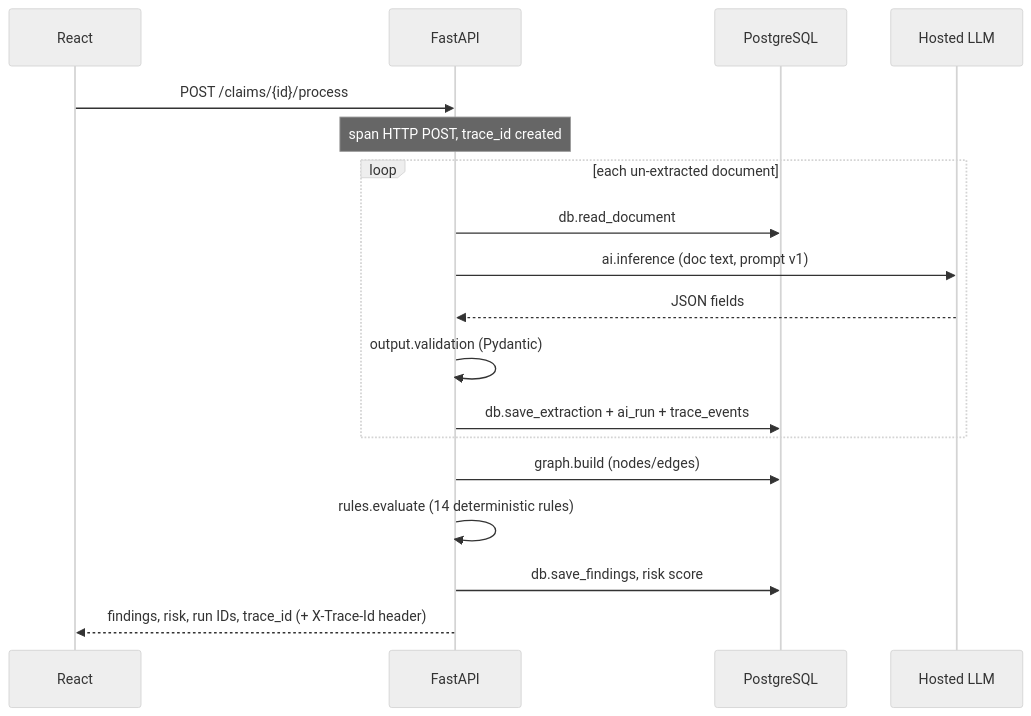
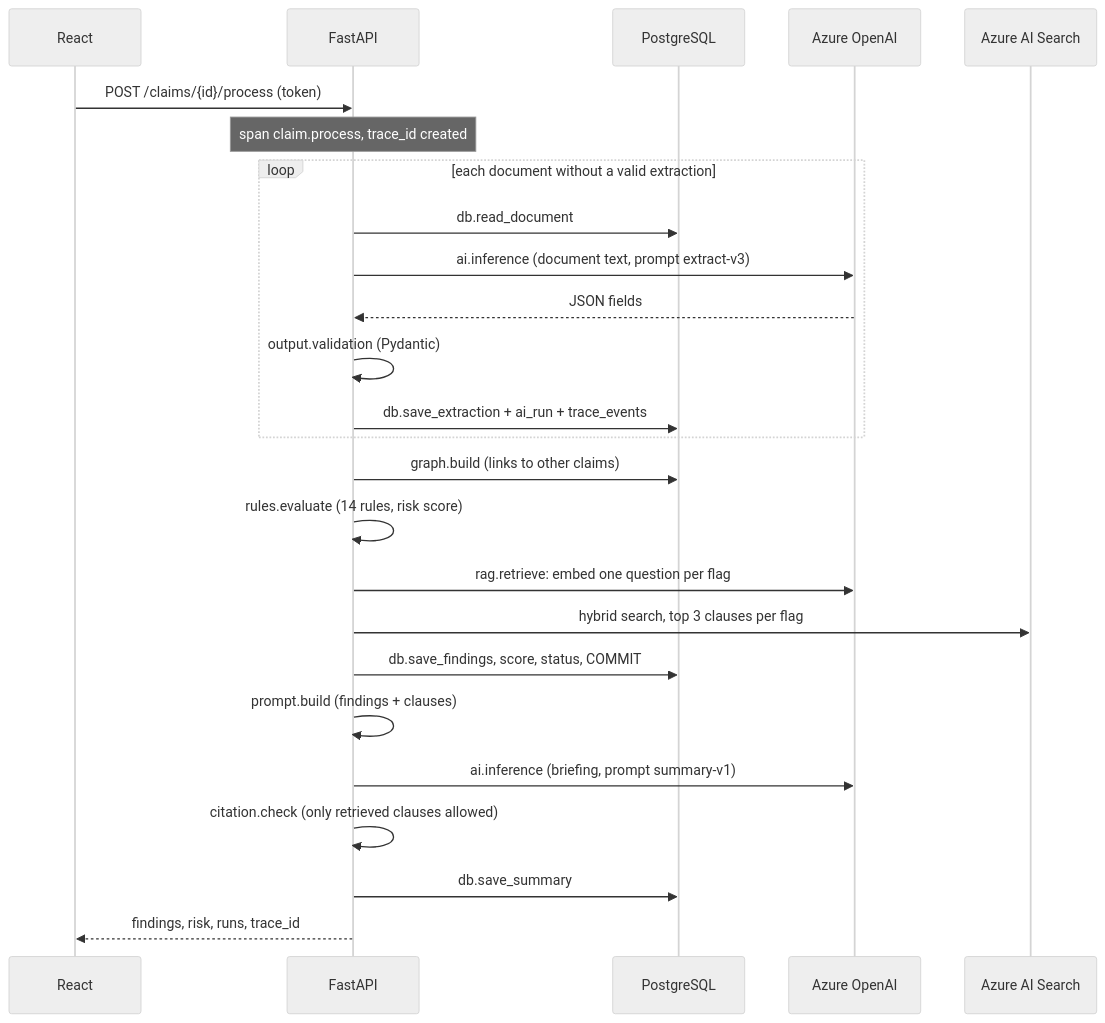
Before and after one commit to apoorvassudani/claimsense: the second of 2 diagrams in docs/02-architecture.md, drawn with Mermaid (neutral theme). The commit also changed other lines of this file and 370 other files, not shown here.

Commit message:
Day 34: Azure, RAG, OCR, auth, stress test, deployment and CI/CD

````diff
--- a/docs/02-architecture.md
+++ b/docs/02-architecture.md
@@ -19,20 +53,27 @@
 ```mermaid
 sequenceDiagram
     participant UI as React
     participant API as FastAPI
     participant DB as PostgreSQL
-    participant LLM as Hosted LLM
-    UI->>API: POST /claims/{id}/process
-    Note over API: span HTTP POST, trace_id created
-    loop each un-extracted document
+    participant AI as Azure OpenAI
+    participant S as Azure AI Search
+    UI->>API: POST /claims/{id}/process (token)
+    Note over API: span claim.process, trace_id created
+    loop each document without a valid extraction
         API->>DB: db.read_document
-        API->>LLM: ai.inference (doc text, prompt v1)
-        LLM-->>API: JSON fields
+        API->>AI: ai.inference (document text, prompt extract-v3)
+        AI-->>API: JSON fields
         API->>API: output.validation (Pydantic)
         API->>DB: db.save_extraction + ai_run + trace_events
     end
-    API->>DB: graph.build (nodes/edges)
-    API->>API: rules.evaluate (14 deterministic rules)
-    API->>DB: db.save_findings, risk score
-    API-->>UI: findings, risk, run IDs, trace_id (+ X-Trace-Id header)
+    API->>DB: graph.build (links to other claims)
+    API->>API: rules.evaluate (14 rules, risk score)
+    API->>AI: rag.retrieve: embed one question per flag
+    API->>S: hybrid search, top 3 clauses per flag
+    API->>DB: db.save_findings, score, status, COMMIT
+    API->>API: prompt.build (findings + clauses)
+    API->>AI: ai.inference (briefing, prompt summary-v1)
+    API->>API: citation.check (only retrieved clauses allowed)
+    API->>DB: db.save_summary
+    API-->>UI: findings, risk, runs, trace_id
 ```
````
